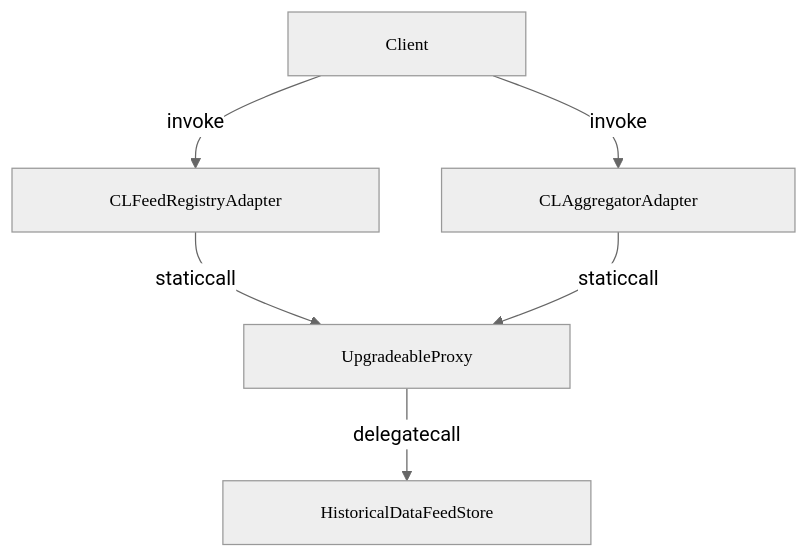
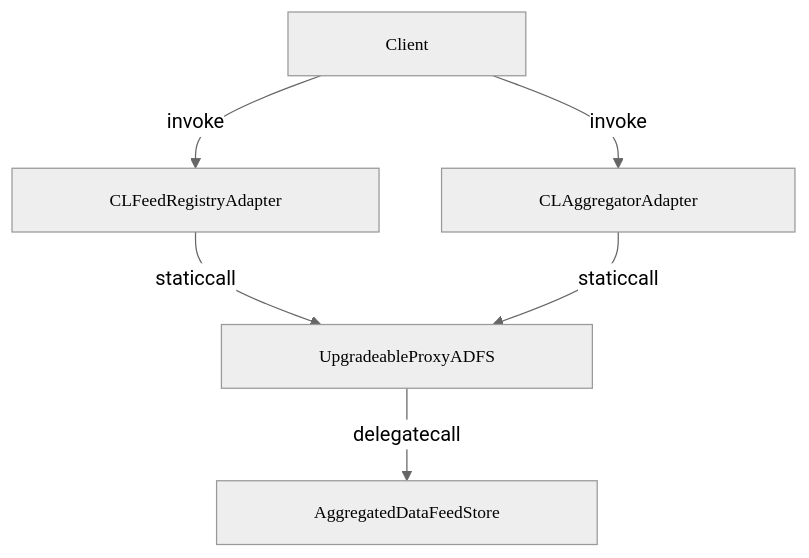
Before and after one commit to blocksense-network/blocksense-infra-test: the diagram in apps/docs.blocksense.network/app/docs/contracts/overview/page.mdx, drawn with Mermaid (neutral theme). The commit also changed other lines of this file and 6 other files, not shown here.

````diff
--- a/apps/docs.blocksense.network/app/docs/contracts/overview/page.mdx
+++ b/apps/docs.blocksense.network/app/docs/contracts/overview/page.mdx
@@ -22,27 +23,27 @@
 ```mermaid
 ---
 config:
     rightAngles: true
 ---
 graph TD
     classDef clientNode display:block, padding:0rem 3rem, font-size: 0.875rem, font-family:'Fira Code', monospace;
     classDef feedNode,proxyNode,dataNode display:block, padding:0rem 3rem, font-size: 0.875rem, font-family:'Fira Code', monospace;
     classDef feedNode:hover,proxyNode:hover,dataNode:hover fill:#fafafa,color:#0000EE,stroke:#e4e4e7,stroke-width:1px,shadow:2px 2px 5px #888888, display:block, padding:0rem 3rem, font-size: 0.875rem, font-family:'Fira Code', monospace, text-decoration: underline, text-underline-offset: 4px;
 
     A[Client] -->|invoke| E
     A -->|invoke| B
-    B[CLFeedRegistryAdapter] -->|staticcall| C[UpgradeableProxy]
-    C -->|delegatecall| D[HistoricalDataFeedStore]
+    B[CLFeedRegistryAdapter] -->|staticcall| C[UpgradeableProxyADFS]
+    C -->|delegatecall| D[AggregatedDataFeedStore]
     E[CLAggregatorAdapter] -->|staticcall| C
 
     click B "/docs/contracts/reference-documentation/contract/CLFeedRegistryAdapter" "Go to CLFeedRegistryAdapter"
     click E "/docs/contracts/reference-documentation/contract/CLAggregatorAdapter" "Go to CLAggregatorAdapter"
 
     class A clientNode
     class B,E feedNode
     class C proxyNode
     class D dataNode
     class A,B,E invokeEdge
     class B,C,E staticcallEdge
     class C,D delegatecallEdge
 ```
````
